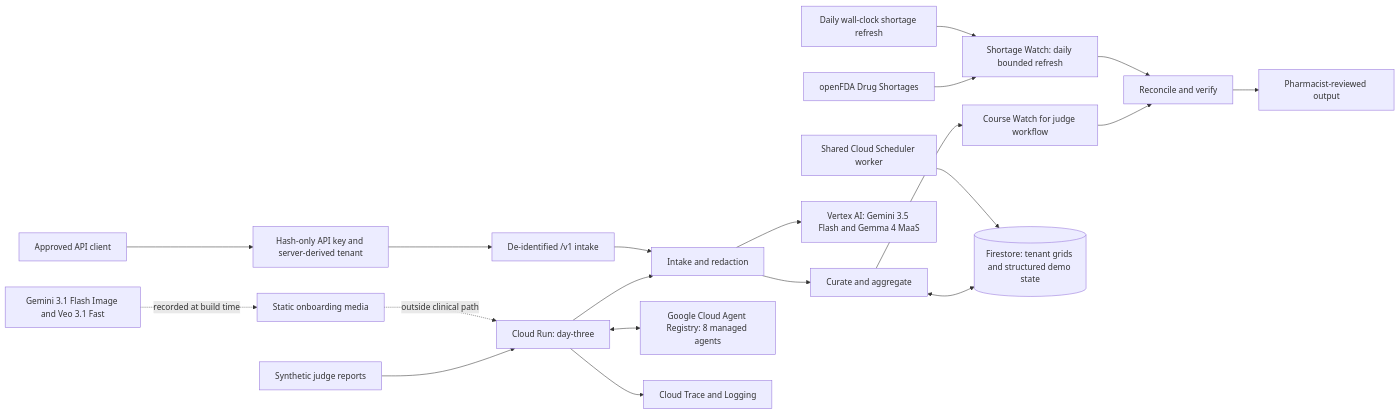
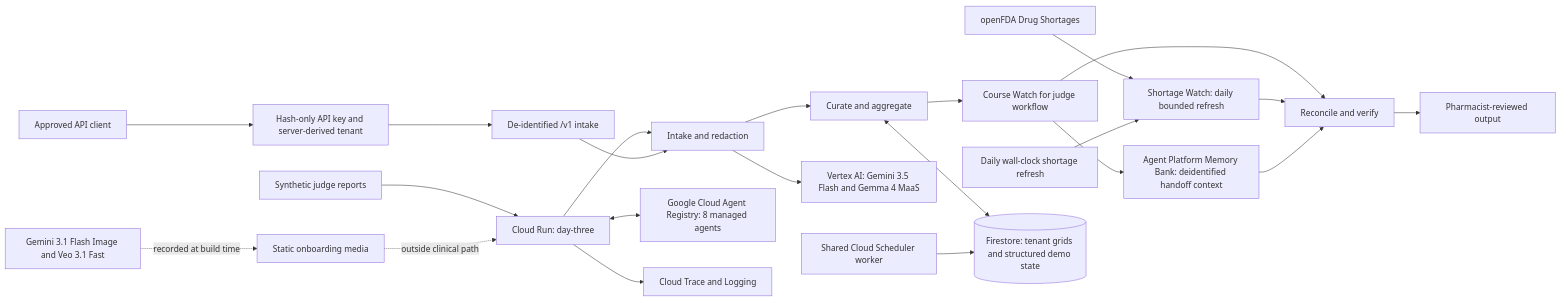
Before and after one commit to usv240/day-three: the diagram in README.md, drawn with Mermaid. The commit also changed other lines of this file and 22 other files, not shown here.

Commit message:
Add bounded managed memory and live platform proof

````diff
--- a/README.md
+++ b/README.md
@@ -73,22 +73,24 @@
 ```mermaid
 flowchart LR
     A[Synthetic judge reports] --> B[Cloud Run: day-three]
     API[Approved API client] --> K[Hash-only API key and server-derived tenant]
     K --> DI[De-identified /v1 intake]
     B --> I[Intake and redaction]
     DI --> I
     I --> C[Curate and aggregate]
     C --> W[Course Watch for judge workflow]
     W --> R[Reconcile and verify]
     D[openFDA Drug Shortages] --> SW[Shortage Watch: daily bounded refresh]
     SW --> R
     DS[Daily wall-clock shortage refresh] --> SW
     C <--> F[(Firestore: tenant grids and structured demo state)]
+    W --> MB[Agent Platform Memory Bank: deidentified handoff context]
+    MB --> R
     I --> V[Vertex AI: Gemini 3.5 Flash and Gemma 4 MaaS]
     S[Shared Cloud Scheduler worker] --> F
     B <--> G[Google Cloud Agent Registry: 8 managed agents]
     B --> T[Cloud Trace and Logging]
     R --> H[Pharmacist-reviewed output]
     M[Gemini 3.1 Flash Image and Veo 3.1 Fast] -. recorded at build time .-> O[Static onboarding media]
     O -. outside clinical path .-> B
 ```
````
